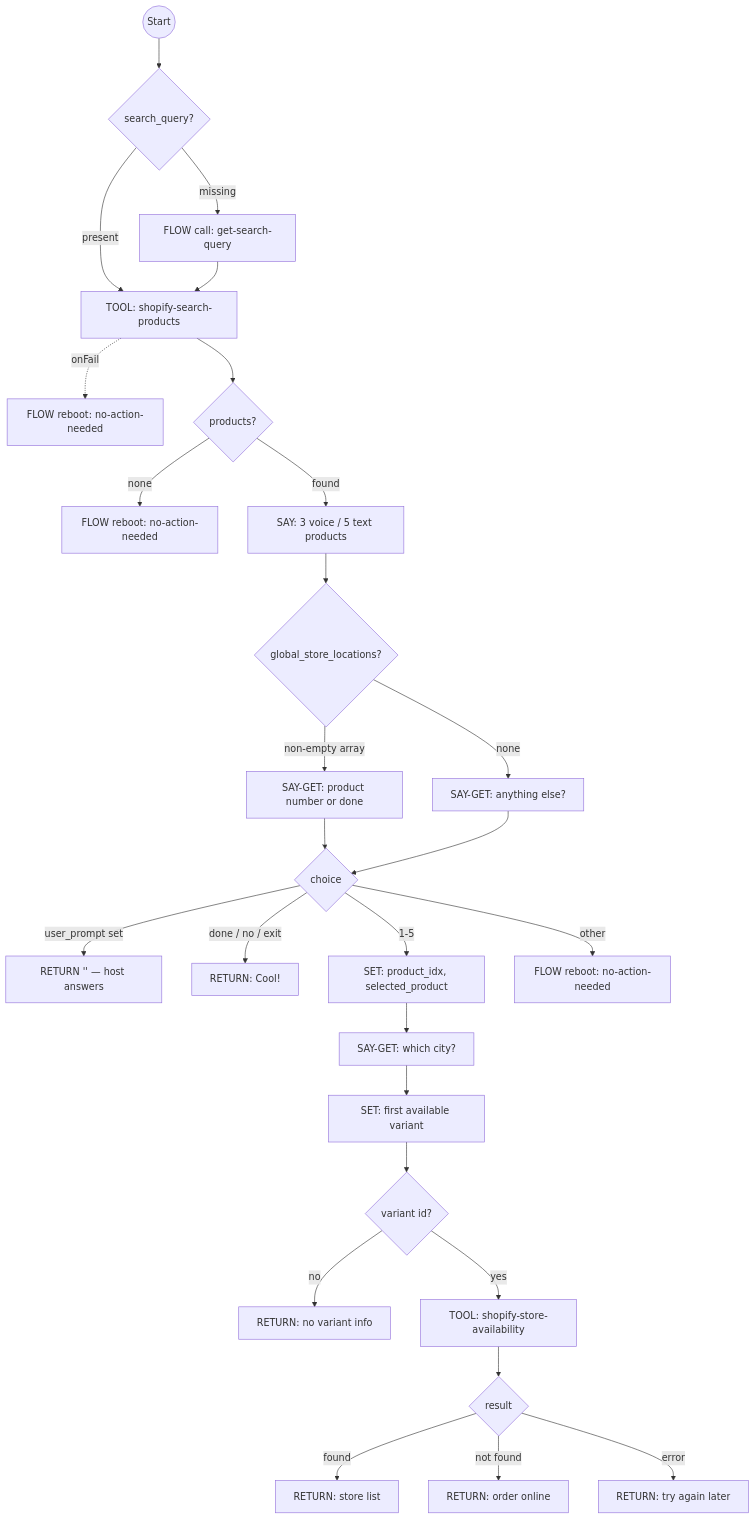
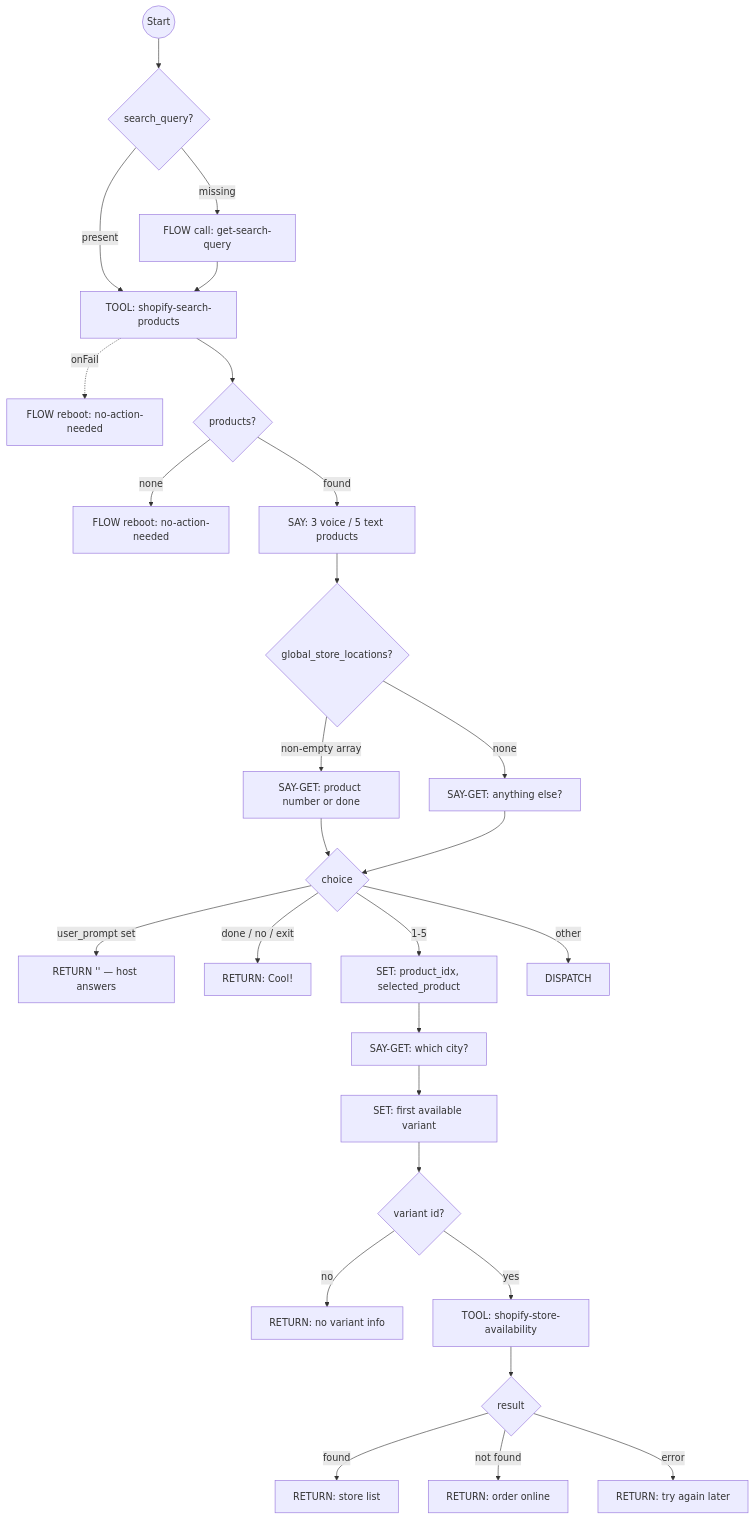
One commit to ronpinkas/jsfe changed the first of 6 diagrams in docs/shopify-flows.md. Above: the diagram before and after it, drawn with Mermaid. The commit also changed other lines of this file and 3 other files, not shown here.

Commit message:
flows + docs: the four DISPATCH sites (prod 2026-10-01 07:43Z)

````diff
--- a/docs/shopify-flows.md
+++ b/docs/shopify-flows.md
@@ -75,29 +75,29 @@
 ```mermaid
 graph TD
     start((Start)) --> has_query{search_query?}
     has_query -->|missing| ask_for_search_query[FLOW call: get-search-query]
     has_query -->|present| search_products
     ask_for_search_query --> search_products[TOOL: shopify-search-products]
     search_products -.->|onFail| search_failed[FLOW reboot: no-action-needed]
     search_products --> display_results{products?}
     display_results -->|none| no_results[FLOW reboot: no-action-needed]
     display_results -->|found| show_results[SAY: 3 voice / 5 text products]
     show_results --> stores{global_store_locations?}
     stores -->|non-empty array| ask_store_check[SAY-GET: product number or done]
     stores -->|none| all_done[SAY-GET: anything else?]
     ask_store_check --> choice{choice}
     all_done --> choice
     choice -->|user_prompt set| no_choice_made["RETURN '' — host answers"]
     choice -->|done / no / exit| end_search[RETURN: Cool!]
     choice -->|1-5| set_product_idx[SET: product_idx, selected_product]
-    choice -->|other| invalid_choice[FLOW reboot: no-action-needed]
+    choice -->|other| invalid_choice[DISPATCH]
     set_product_idx --> ask_city[SAY-GET: which city?]
     ask_city --> set_selected_variant[SET: first available variant]
     set_selected_variant --> check_variant_valid{variant id?}
     check_variant_valid -->|no| no_variants[RETURN: no variant info]
     check_variant_valid -->|yes| lookup[TOOL: shopify-store-availability]
     lookup --> display_availability{result}
     display_availability -->|found| show_stores[RETURN: store list]
     display_availability -->|not found| no_stock[RETURN: order online]
     display_availability -->|error| availability_error[RETURN: try again later]
 ```
````
